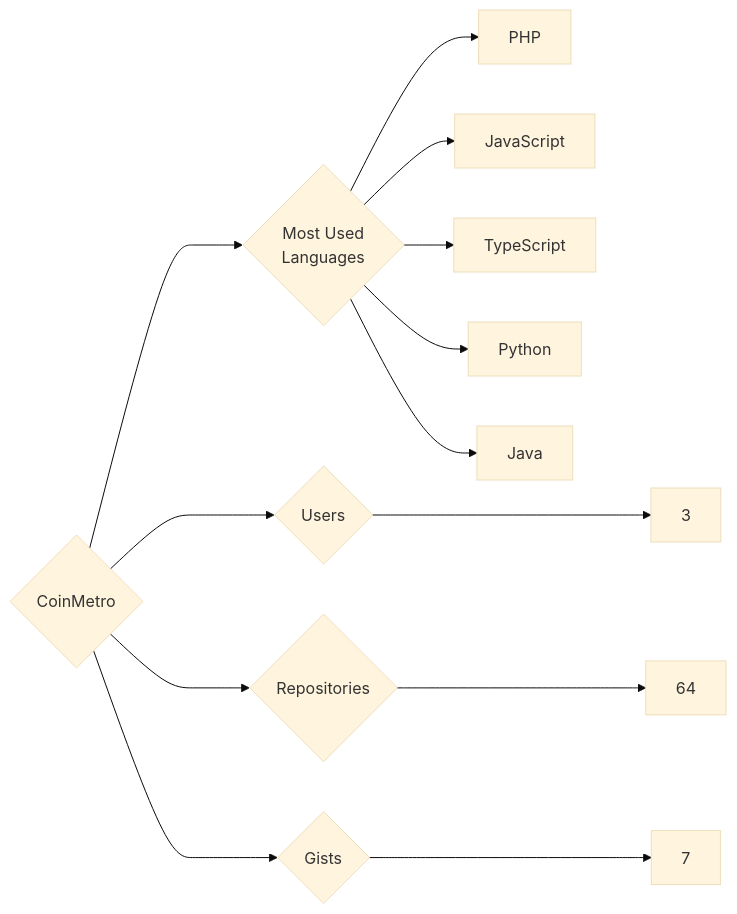
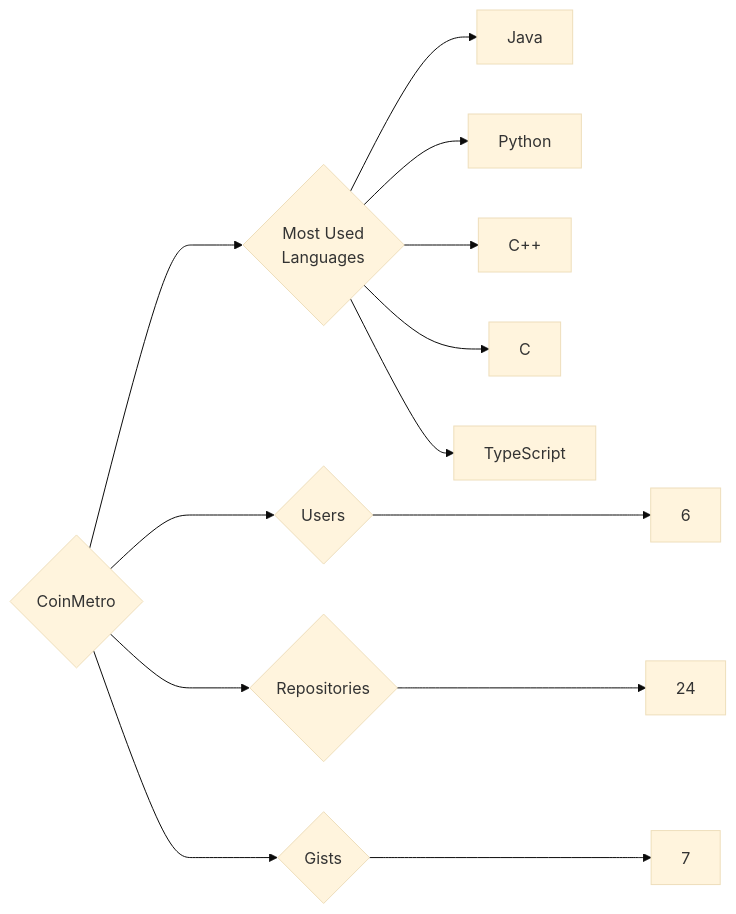
One commit to trickest/insiders changed the diagram in targets/CoinMetro/README.md. Above: the diagram before and after it, drawn with Mermaid (base theme). The commit also changed 857 other files, not shown here.

````diff
--- a/targets/CoinMetro/README.md
+++ b/targets/CoinMetro/README.md
@@ -3,13 +3,13 @@
 ```mermaid
 graph LR
 COMPANY_NAME{CoinMetro}
-COMPANY_NAME ---> U{Users} ---> UN[3]
-COMPANY_NAME ---> R{Repositories} ---> RN[64]
+COMPANY_NAME ---> U{Users} ---> UN[6]
+COMPANY_NAME ---> R{Repositories} ---> RN[24]
 COMPANY_NAME ---> G{Gists} ---> GN[7]
 COMPANY_NAME ---> ML{Most Used<br>Languages}
-ML --> PHP[PHP]
-ML --> JavaScript[JavaScript]
+ML --> Java[Java]
+ML --> Python[Python]
+ML --> C++[C++]
+ML --> C[C]
 ML --> TypeScript[TypeScript]
-ML --> Python[Python]
-ML --> Java[Java]
 ```
````
